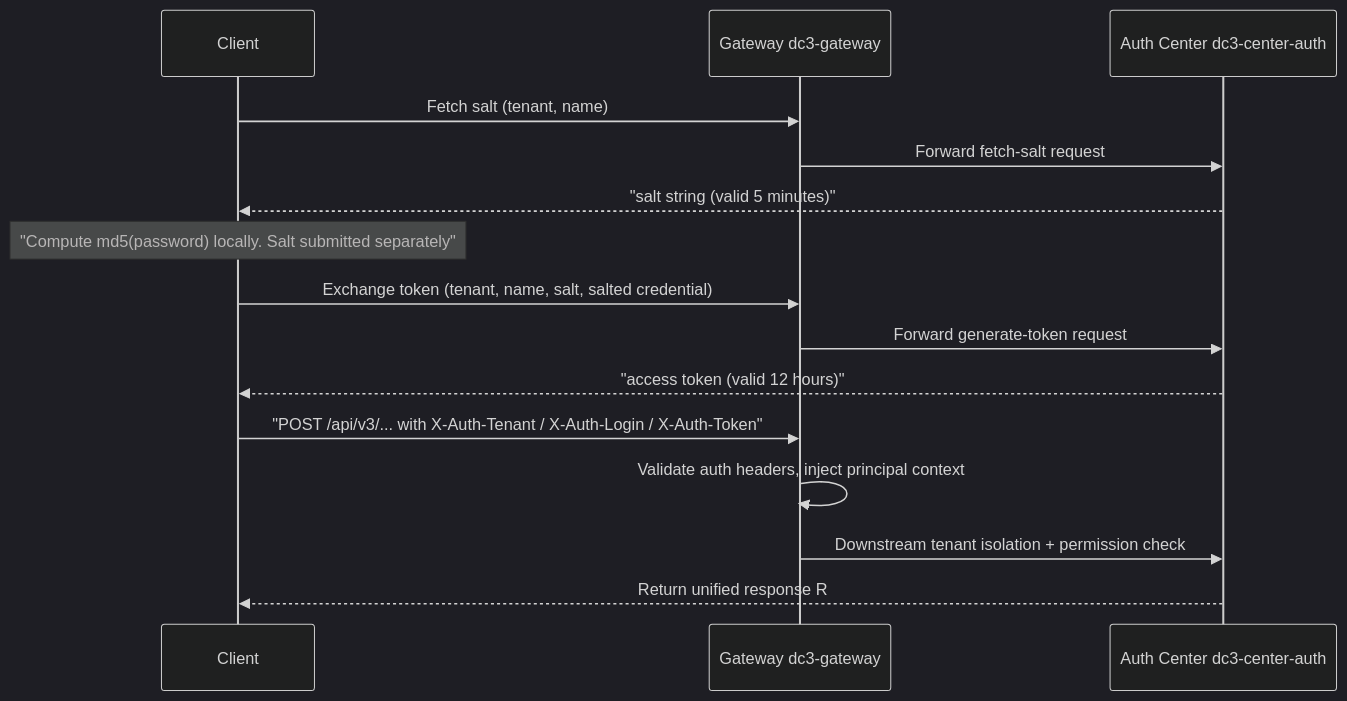
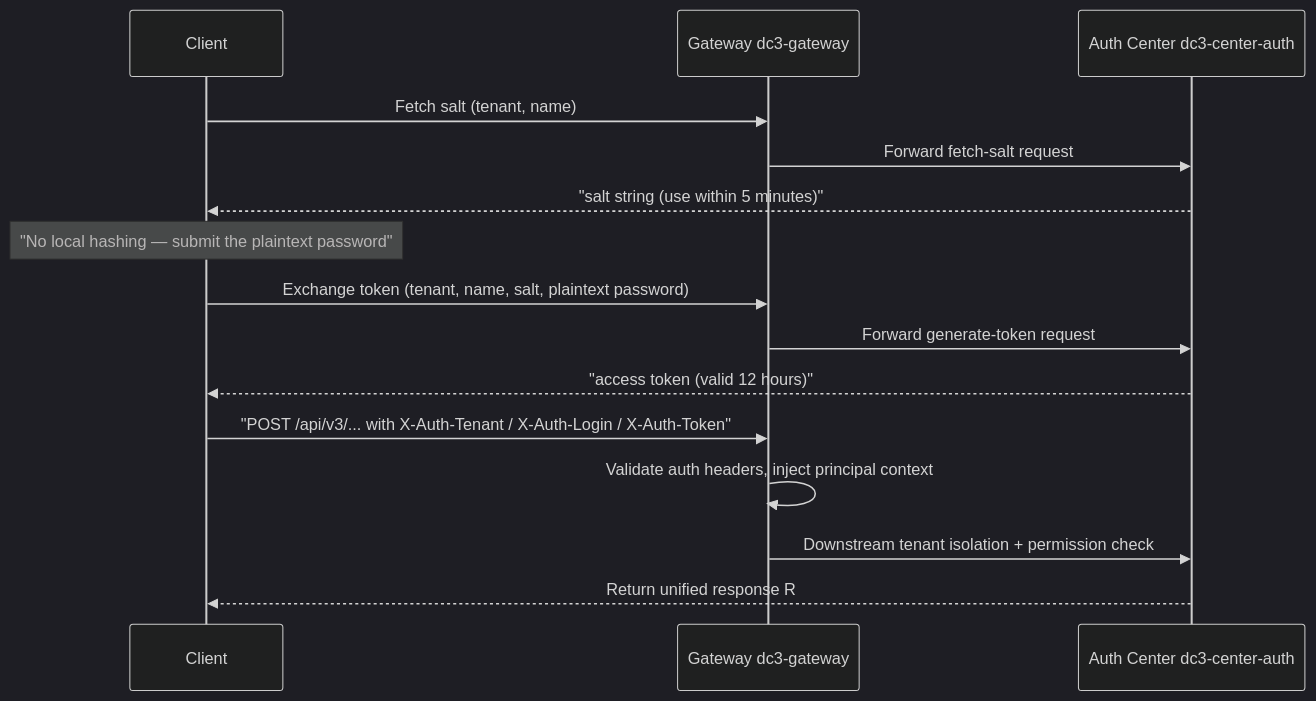
One commit to pnoker/iot-dc3 changed the second of 2 diagrams in docs/en/development/api-documentation.md. Above: the diagram before and after it, drawn with Mermaid (dark theme). The commit also changed other lines of this file and 64 other files, not shown here.

First line of the commit message:
docs: update documentation, architecture diagrams and superpowers analysis

````diff
--- a/docs/en/development/api-documentation.md
+++ b/docs/en/development/api-documentation.md
@@ -71,17 +77,17 @@
 ```mermaid
 sequenceDiagram
   participant Client as Client
   participant GW as Gateway dc3-gateway
   participant Auth as Auth Center dc3-center-auth
   Client->>GW: Fetch salt (tenant, name)
   GW->>Auth: Forward fetch-salt request
-  Auth-->>Client: "salt string (valid 5 minutes)"
-  Note over Client: "Compute md5(password) locally. Salt submitted separately"
-  Client->>GW: Exchange token (tenant, name, salt, salted credential)
+  Auth-->>Client: "salt string (use within 5 minutes)"
+  Note over Client: "No local hashing — submit the plaintext password"
+  Client->>GW: Exchange token (tenant, name, salt, plaintext password)
   GW->>Auth: Forward generate-token request
   Auth-->>Client: "access token (valid 12 hours)"
   Client->>GW: "POST /api/v3/... with X-Auth-Tenant / X-Auth-Login / X-Auth-Token"
   GW->>GW: Validate auth headers, inject principal context
   GW->>Auth: Downstream tenant isolation + permission check
   Auth-->>Client: Return unified response R
 ```
````
